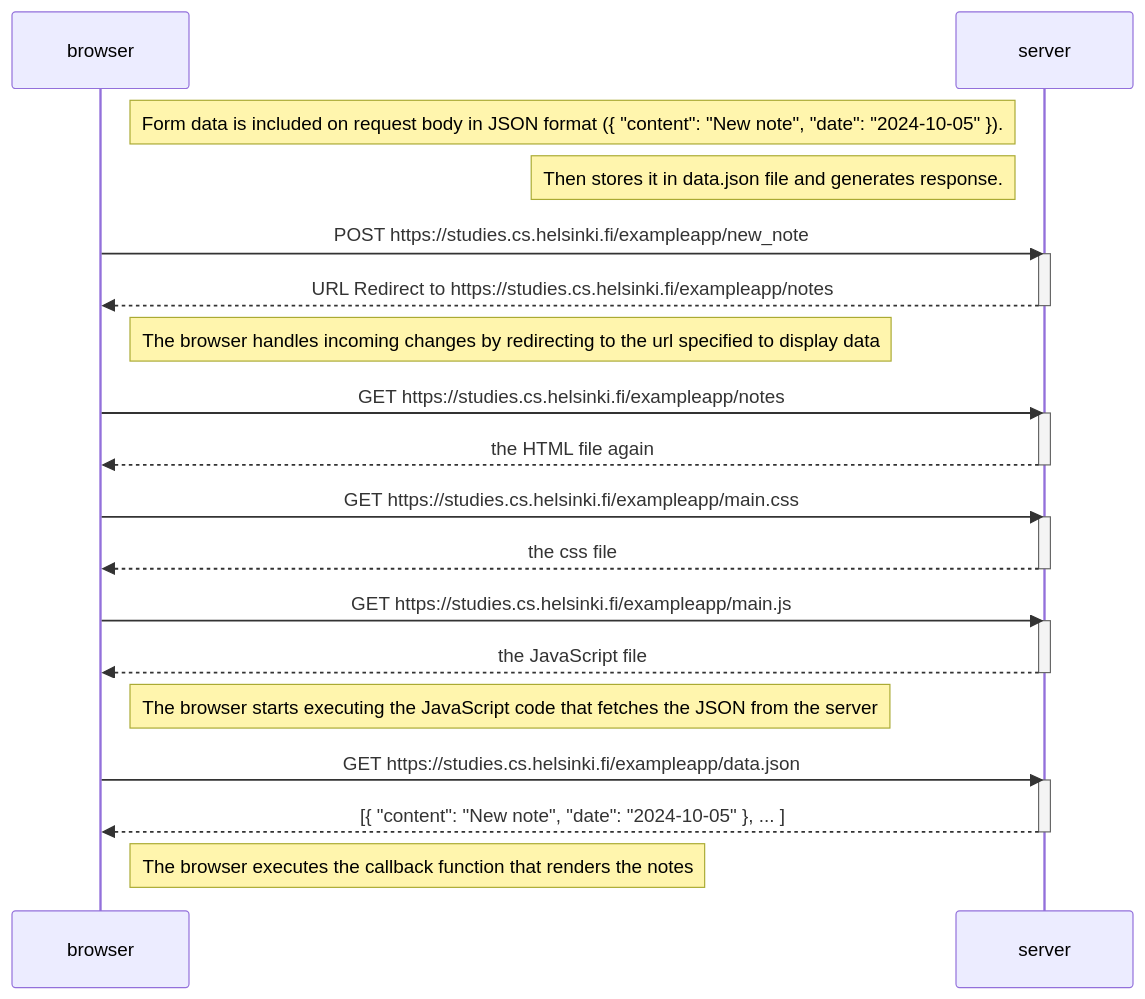
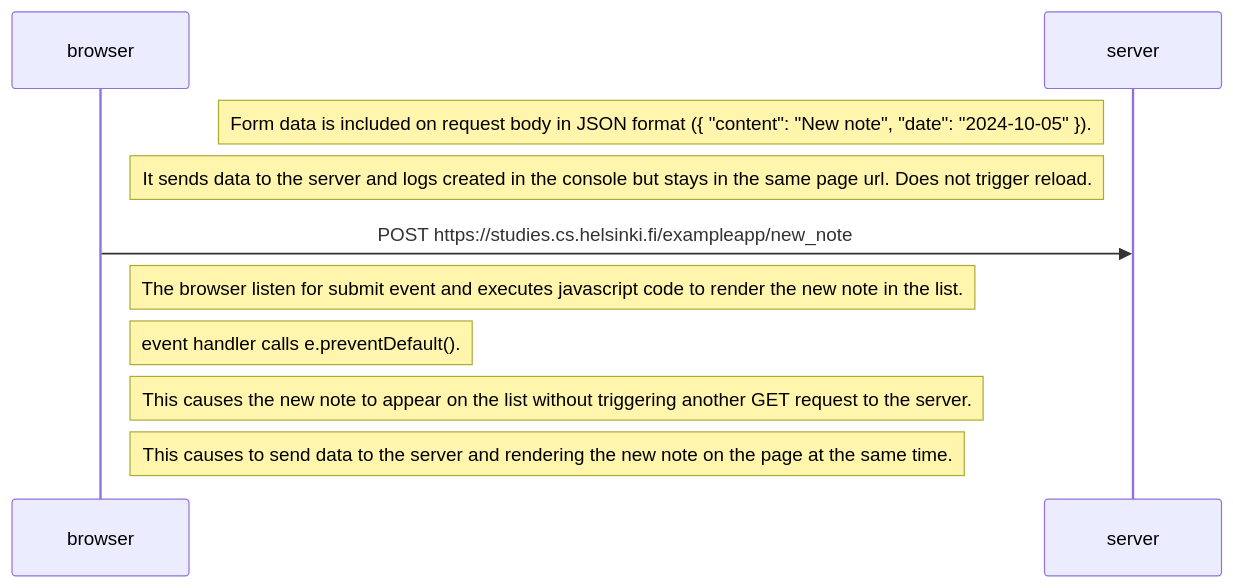
Before and after one commit to williford-abunas/fullstackopen: the diagram in part0/Exercises/0.6-New note spa diagram.md, drawn with Mermaid.

Commit message:
Update 0.6-New note spa diagram.md

````diff
--- a/part0/Exercises/0.6-New note spa diagram.md
+++ b/part0/Exercises/0.6-New note spa diagram.md
@@ -3,40 +3,22 @@
 ```mermaid
 sequenceDiagram
     participant browser
     participant server
 
 Note left of server: Form data is included on request body in JSON format ({ "content": "New note", "date": "2024-10-05" }).
-Note left of server: Then stores it in data.json file and generates response.
+Note left of server: It sends data to the server and logs created in the console but stays in the same page url. Does not trigger reload.
 
 
     browser->>server: POST https://studies.cs.helsinki.fi/exampleapp/new_note
     activate server
-    server-->>browser: URL Redirect to https://studies.cs.helsinki.fi/exampleapp/notes
-    deactivate server
 
-Note right of browser: The browser handles incoming changes by redirecting to the url specified to display data
+Note right of browser: The browser listen for submit event and executes javascript code to render the new note in the list.
+Note right of browser: event handler calls e.preventDefault().
+Note right of browser: This causes the new note to appear on the list without triggering another GET request to the server.
+Note right of browser: This causes to send data to the server and rendering the new note on the page at the same time.
 
-    browser->>server: GET https://studies.cs.helsinki.fi/exampleapp/notes
-    activate server
-    server-->>browser: the HTML file again
-    deactivate server
 
-    browser->>server: GET https://studies.cs.helsinki.fi/exampleapp/main.css
-    activate server
-    server-->>browser: the css file
-    deactivate server
 
-    browser->>server: GET https://studies.cs.helsinki.fi/exampleapp/main.js
-    activate server
-    server-->>browser: the JavaScript file
-    deactivate server
 
-    Note right of browser: The browser starts executing the JavaScript code that fetches the JSON from the server
-
-    browser->>server: GET https://studies.cs.helsinki.fi/exampleapp/data.json
-    activate server
-    server-->>browser: [{ "content": "New note", "date": "2024-10-05" }, ... ]
-    deactivate server
-
-    Note right of browser: The browser executes the callback function that renders the notes
+  
 ```
````
